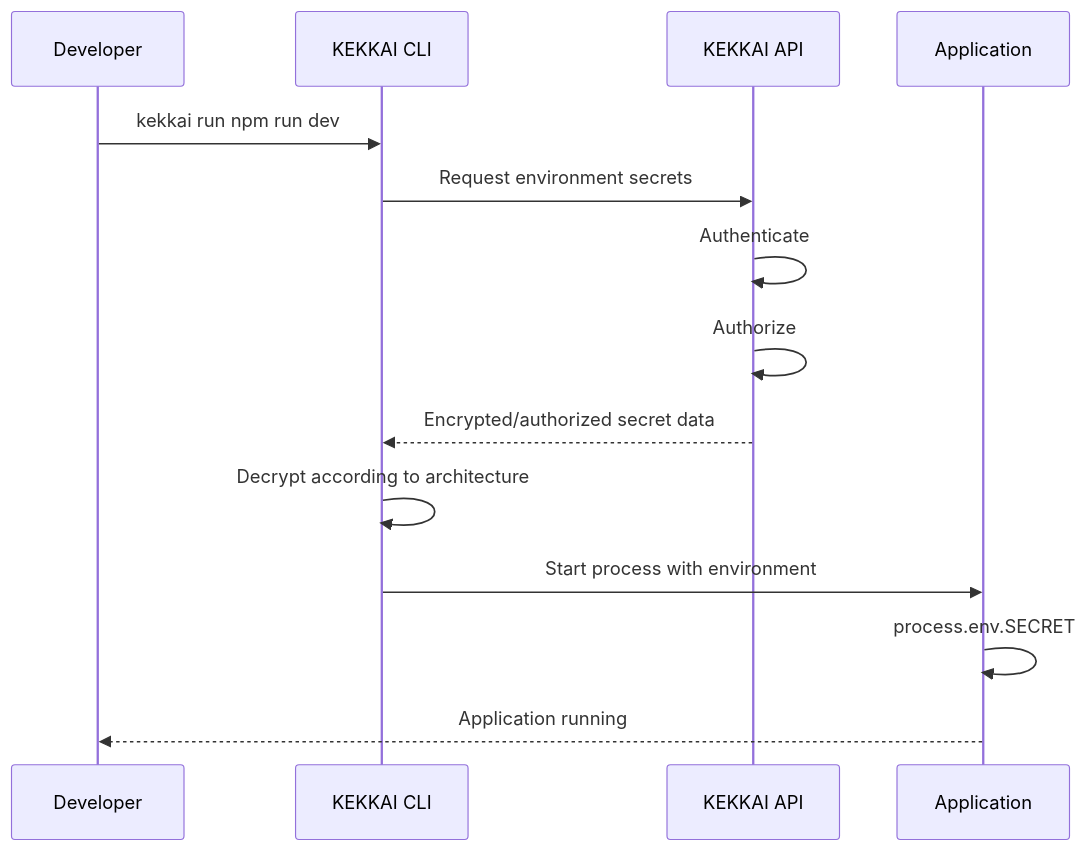
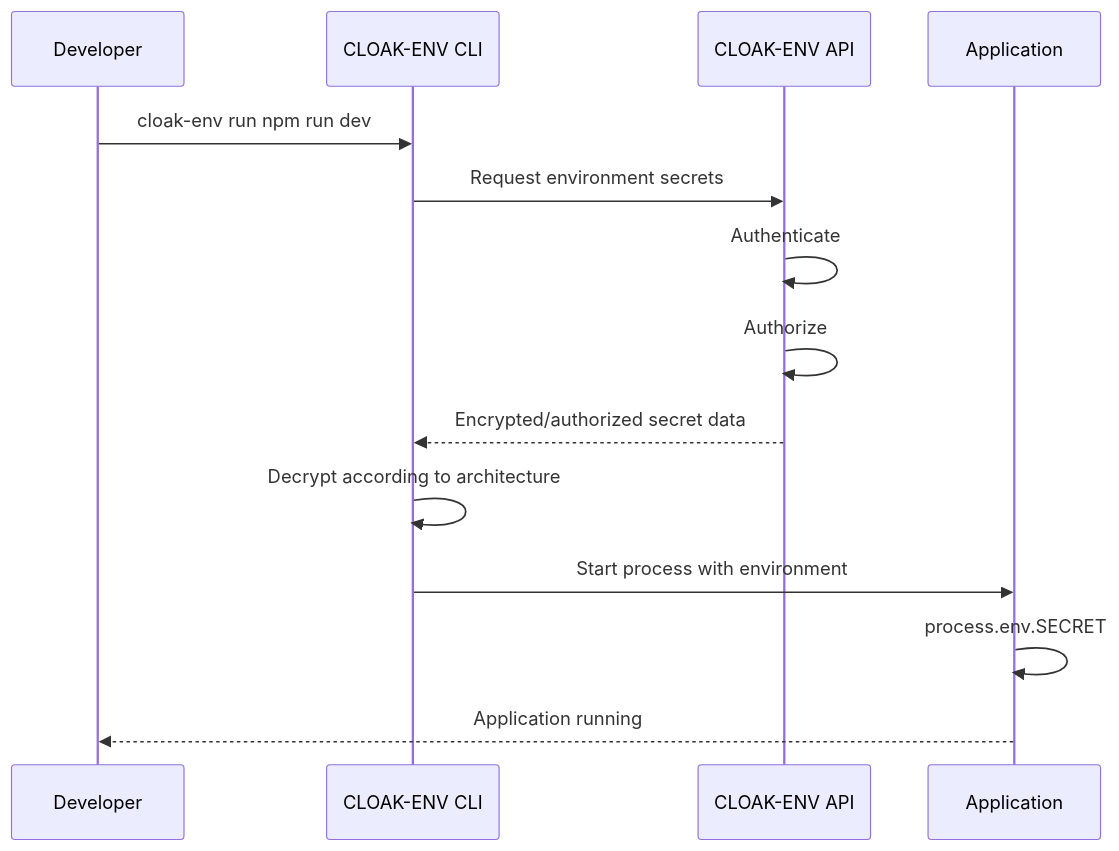
The fifth of 8 diagrams in About.md (aninda8680/Kekkai), drawn with Mermaid before and after one commit. The commit also changed other lines of this file and 45 other files, not shown here.

````diff
--- a/About.md
+++ b/About.md
@@ -2762,25 +2762,25 @@
 ```mermaid
 sequenceDiagram
 
     participant DEV as Developer
-    participant CLI as KEKKAI CLI
-    participant API as KEKKAI API
+    participant CLI as CLOAK-ENV CLI
+    participant API as CLOAK-ENV API
     participant APP as Application
 
-    DEV->>CLI: kekkai run npm run dev
+    DEV->>CLI: cloak-env run npm run dev
 
     CLI->>API: Request environment secrets
 
     API->>API: Authenticate
     API->>API: Authorize
 
     API-->>CLI: Encrypted/authorized secret data
 
     CLI->>CLI: Decrypt according to architecture
 
     CLI->>APP: Start process with environment
 
     APP->>APP: process.env.SECRET
 
     APP-->>DEV: Application running
 ```
````
